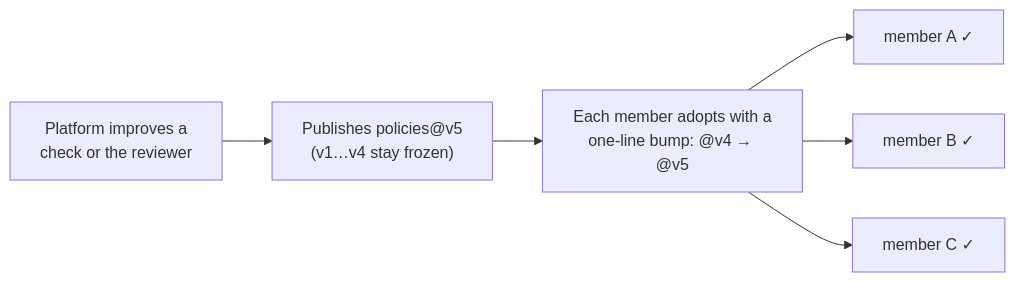
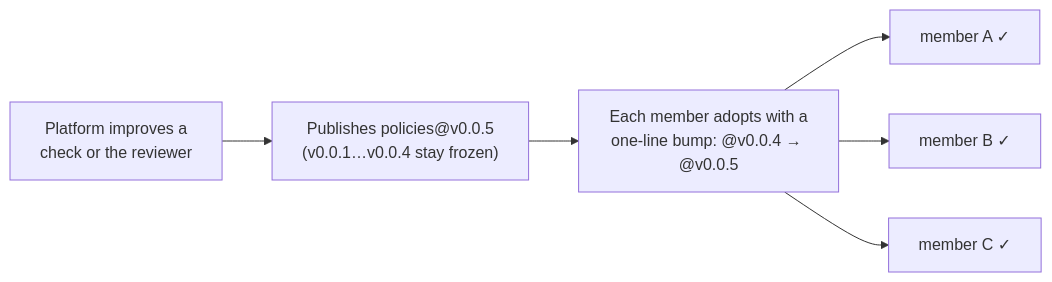
One commit to turingplanet/agent-legion changed the fifth of 5 diagrams in README.md. Above: the diagram before and after it, drawn with Mermaid. The commit also changed other lines of this file, not shown here.

````diff
--- a/README.md
+++ b/README.md
@@ -92,8 +92,8 @@
 ```mermaid
 flowchart LR
-    DEV["Platform improves a<br/>check or the reviewer"] --> PUB["Publishes policies@v5<br/>(v1…v4 stay frozen)"]
-    PUB --> ADOPT["Each member adopts with a<br/>one-line bump: @v4 → @v5"]
+    DEV["Platform improves a<br/>check or the reviewer"] --> PUB["Publishes policies@v0.0.5<br/>(v0.0.1…v0.0.4 stay frozen)"]
+    PUB --> ADOPT["Each member adopts with a<br/>one-line bump: @v0.0.4 → @v0.0.5"]
     ADOPT --> MA["member A ✓"]
     ADOPT --> MB["member B ✓"]
     ADOPT --> MC["member C ✓"]
 ```
````
